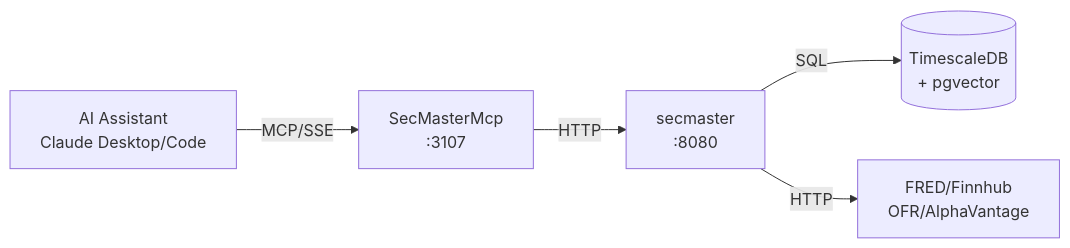
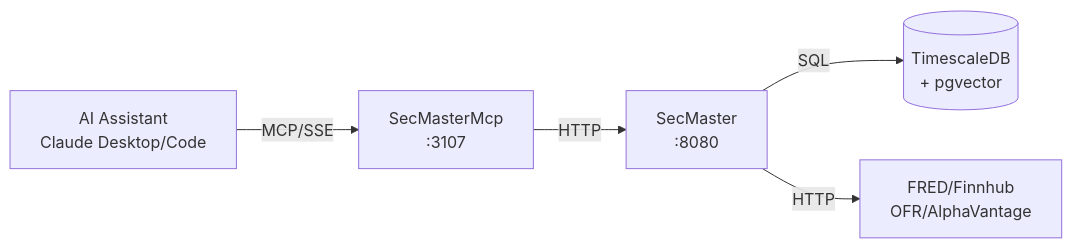
One commit to jpansarasa/ATLAS-Docs changed the diagram in SecMasterMcp/README.md. Above: the diagram before and after it, drawn with Mermaid. The commit also changed other lines of this file and 22 other files, not shown here.

````diff
--- a/SecMasterMcp/README.md
+++ b/SecMasterMcp/README.md
@@ -11,7 +11,7 @@
 ```mermaid
 flowchart LR
     AI[AI Assistant<br/>Claude Desktop/Code] -->|MCP/SSE| MCP[SecMasterMcp<br/>:3107]
-    MCP -->|HTTP| SM[secmaster<br/>:8080]
+    MCP -->|HTTP| SM[SecMaster<br/>:8080]
     SM -->|SQL| DB[(TimescaleDB<br/>+ pgvector)]
     SM -->|HTTP| Collectors[FRED/Finnhub<br/>OFR/AlphaVantage]
 ```
````
